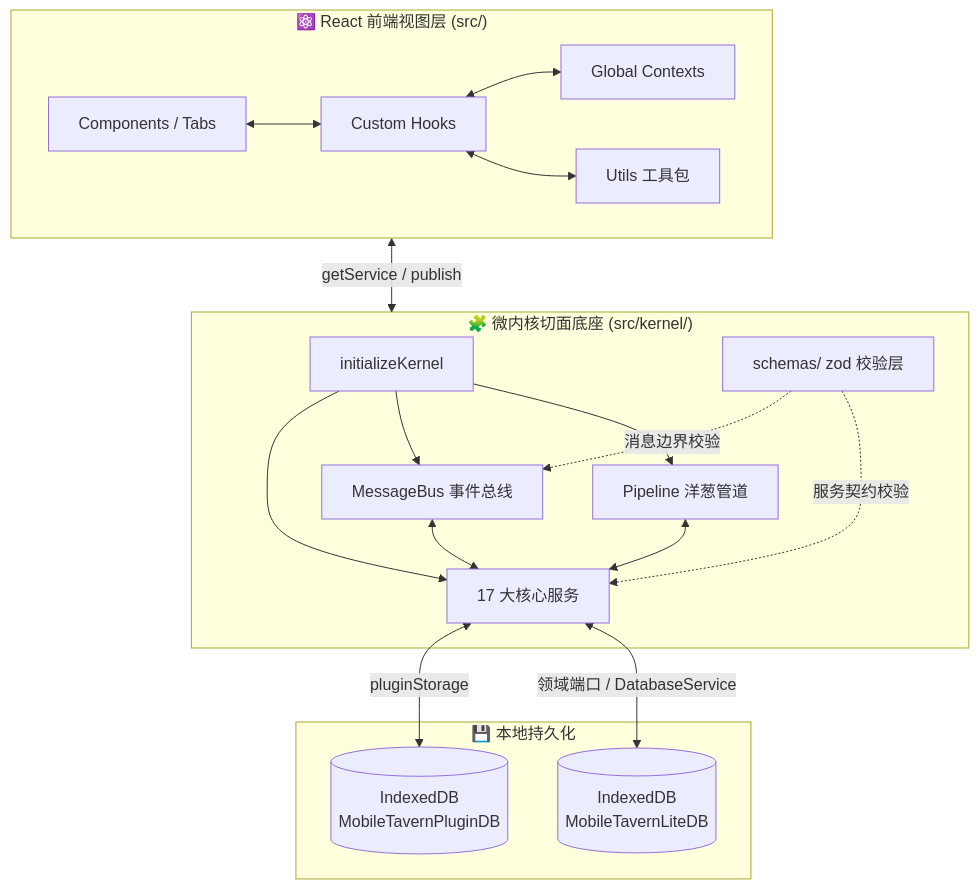
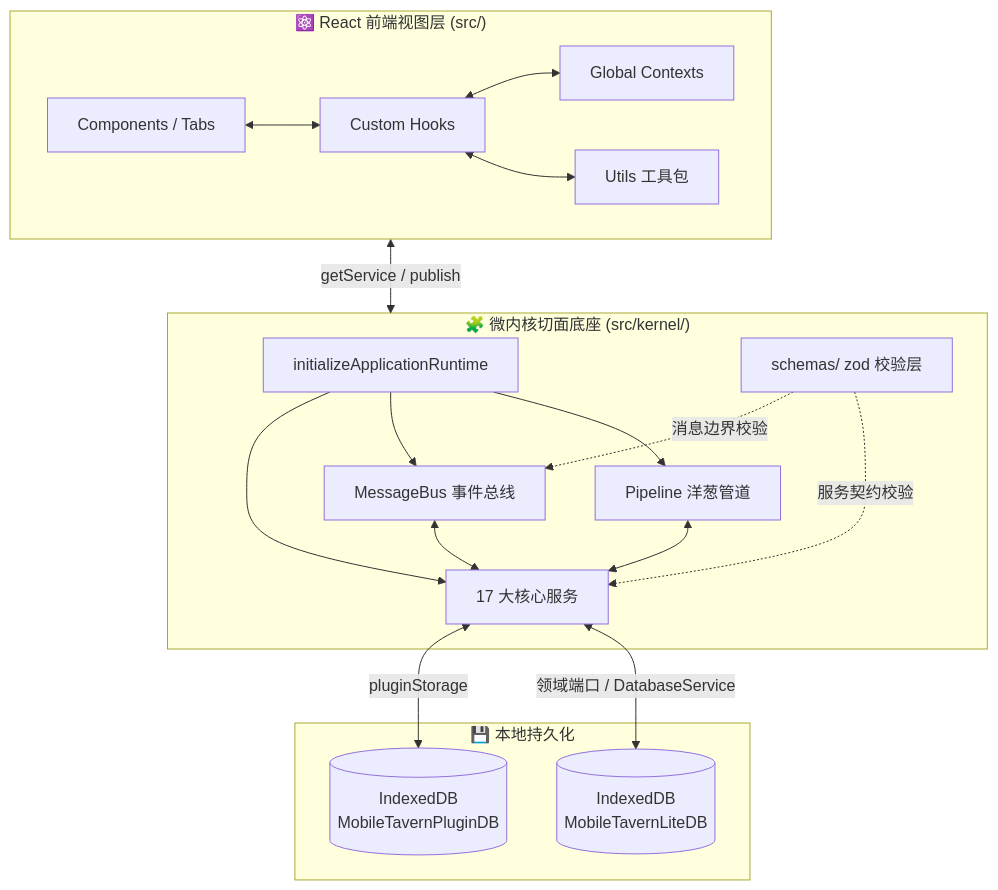
The second of 3 diagrams in docs/CODE_WIKI.md (zhengjie1399677/Mobile-Tavern), drawn with Mermaid before and after one commit. The commit also changed other lines of this file and 206 other files, not shown here.

````diff
--- a/docs/CODE_WIKI.md
+++ b/docs/CODE_WIKI.md
@@ -85,36 +85,36 @@
 ```mermaid
 graph TB
     subgraph ReactLayer["⚛️ React 前端视图层 (src/)"]
         UI["Components / Tabs"]
         Hooks["Custom Hooks"]
         Contexts["Global Contexts"]
         Utils["Utils 工具包"]
         UI <--> Hooks
         Hooks <--> Contexts
         Hooks <--> Utils
     end
 
     subgraph KernelLayer["🧩 微内核切面底座 (src/kernel/)"]
-        Entry["initializeKernel"]
+        Entry["initializeApplicationRuntime"]
         Schemas["schemas/ zod 校验层"]
         Pipeline["Pipeline 洋葱管道"]
         Bus["MessageBus 事件总线"]
         Services["17 大核心服务"]
         Entry --> Pipeline
         Entry --> Bus
         Entry --> Services
         Schemas -.->|"服务契约校验"| Services
         Schemas -.->|"消息边界校验"| Bus
         Pipeline <--> Services
         Bus <--> Services
     end
 
     subgraph StorageLayer["💾 本地持久化"]
         DB[("IndexedDB<br/>MobileTavernLiteDB")]
         PluginDB[("IndexedDB<br/>MobileTavernPluginDB")]
     end
 
     ReactLayer <-->|"getService / publish"| KernelLayer
     Services <-->|"领域端口 / DatabaseService"| DB
     Services <-->|"pluginStorage"| PluginDB
 ```
````
